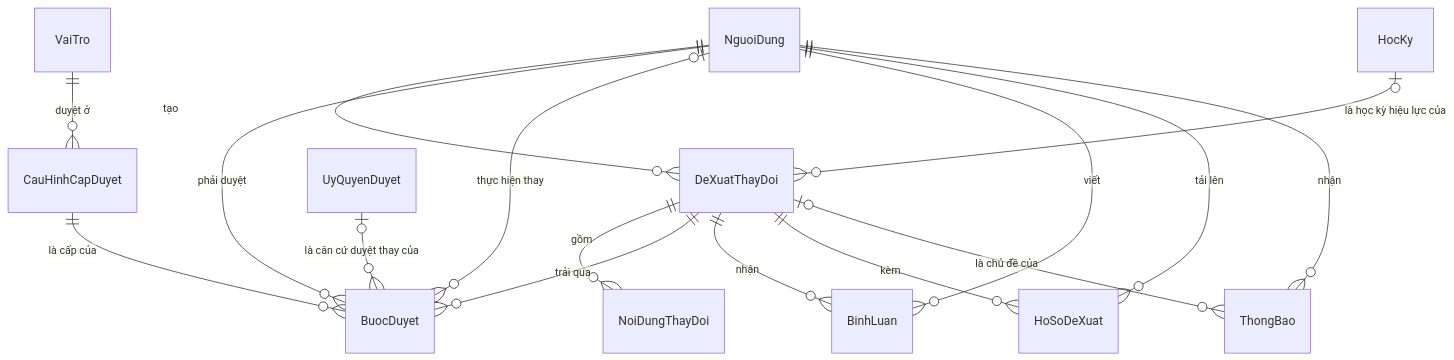
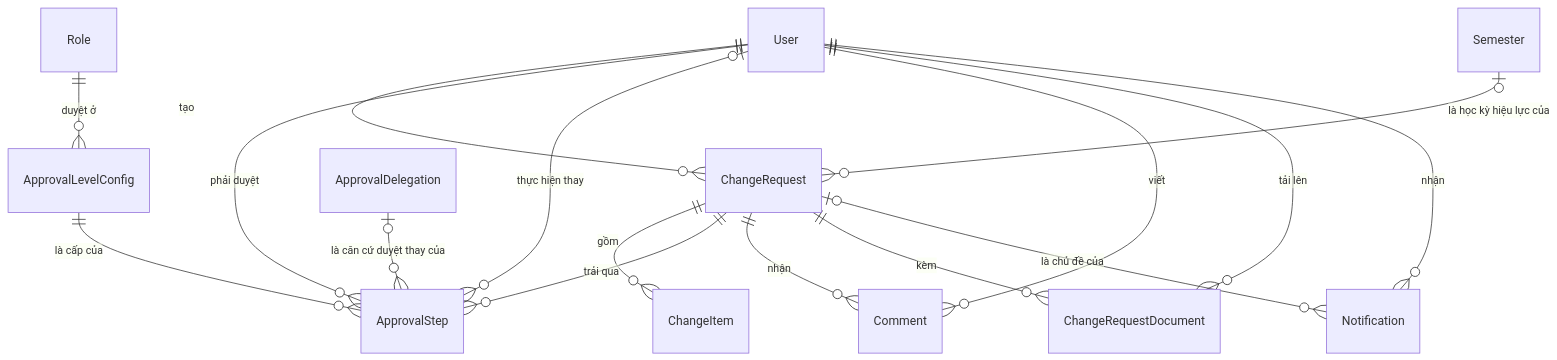
The fifth of 7 diagrams in docs/design/erd.md (4UT15T1Ck/curriculum-management), drawn with Mermaid before and after one commit. The commit also changed other lines of this file and 71 other files, not shown here.

````diff
--- a/docs/design/erd.md
+++ b/docs/design/erd.md
@@ -121,18 +124,18 @@
 ```mermaid
 erDiagram
-    NguoiDung ||--o{ DeXuatThayDoi : "tạo"
-    HocKy |o--o{ DeXuatThayDoi : "là học kỳ hiệu lực của"
-    DeXuatThayDoi ||--o{ NoiDungThayDoi : "gồm"
-    DeXuatThayDoi ||--o{ BuocDuyet : "trải qua"
-    CauHinhCapDuyet ||--o{ BuocDuyet : "là cấp của"
-    VaiTro ||--o{ CauHinhCapDuyet : "duyệt ở"
-    NguoiDung ||--o{ BuocDuyet : "phải duyệt"
-    NguoiDung |o--o{ BuocDuyet : "thực hiện thay"
-    UyQuyenDuyet |o--o{ BuocDuyet : "là căn cứ duyệt thay của"
-    DeXuatThayDoi ||--o{ BinhLuan : "nhận"
-    NguoiDung ||--o{ BinhLuan : "viết"
-    DeXuatThayDoi ||--o{ HoSoDeXuat : "kèm"
-    NguoiDung ||--o{ HoSoDeXuat : "tải lên"
-    NguoiDung ||--o{ ThongBao : "nhận"
-    DeXuatThayDoi |o--o{ ThongBao : "là chủ đề của"
+    User ||--o{ ChangeRequest : "tạo"
+    Semester |o--o{ ChangeRequest : "là học kỳ hiệu lực của"
+    ChangeRequest ||--o{ ChangeItem : "gồm"
+    ChangeRequest ||--o{ ApprovalStep : "trải qua"
+    ApprovalLevelConfig ||--o{ ApprovalStep : "là cấp của"
+    Role ||--o{ ApprovalLevelConfig : "duyệt ở"
+    User ||--o{ ApprovalStep : "phải duyệt"
+    User |o--o{ ApprovalStep : "thực hiện thay"
+    ApprovalDelegation |o--o{ ApprovalStep : "là căn cứ duyệt thay của"
+    ChangeRequest ||--o{ Comment : "nhận"
+    User ||--o{ Comment : "viết"
+    ChangeRequest ||--o{ ChangeRequestDocument : "kèm"
+    User ||--o{ ChangeRequestDocument : "tải lên"
+    User ||--o{ Notification : "nhận"
+    ChangeRequest |o--o{ Notification : "là chủ đề của"
 ```
````
